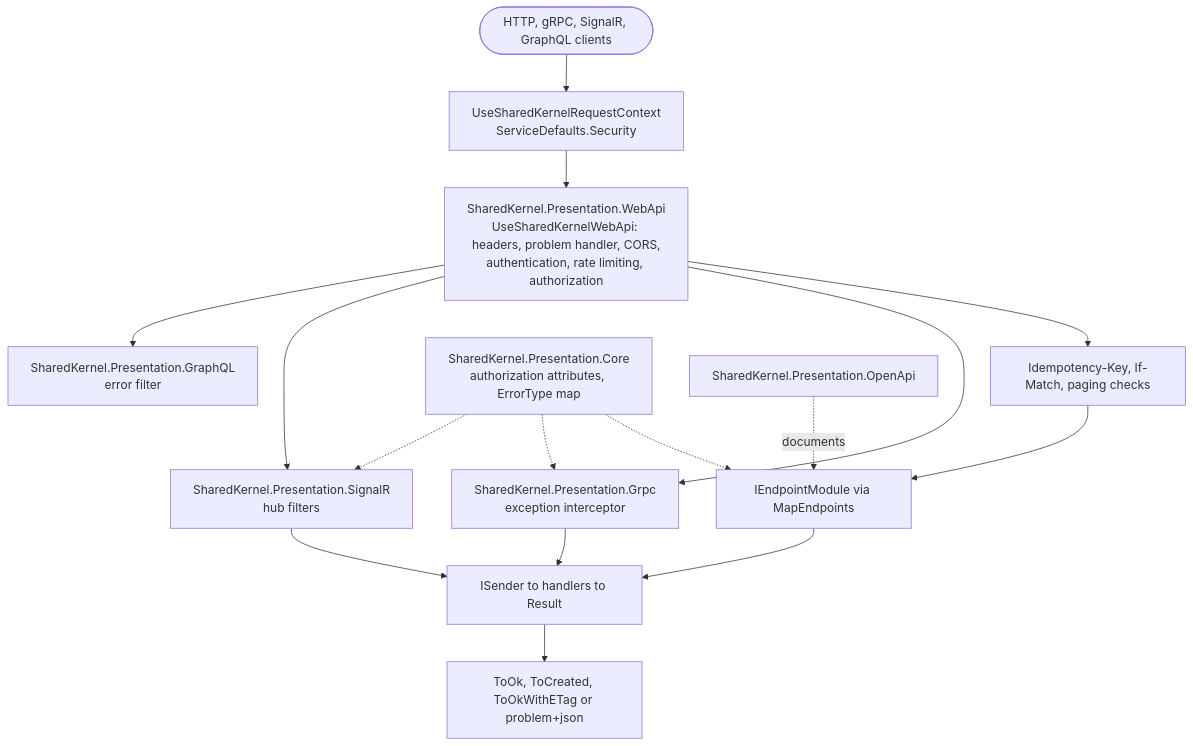
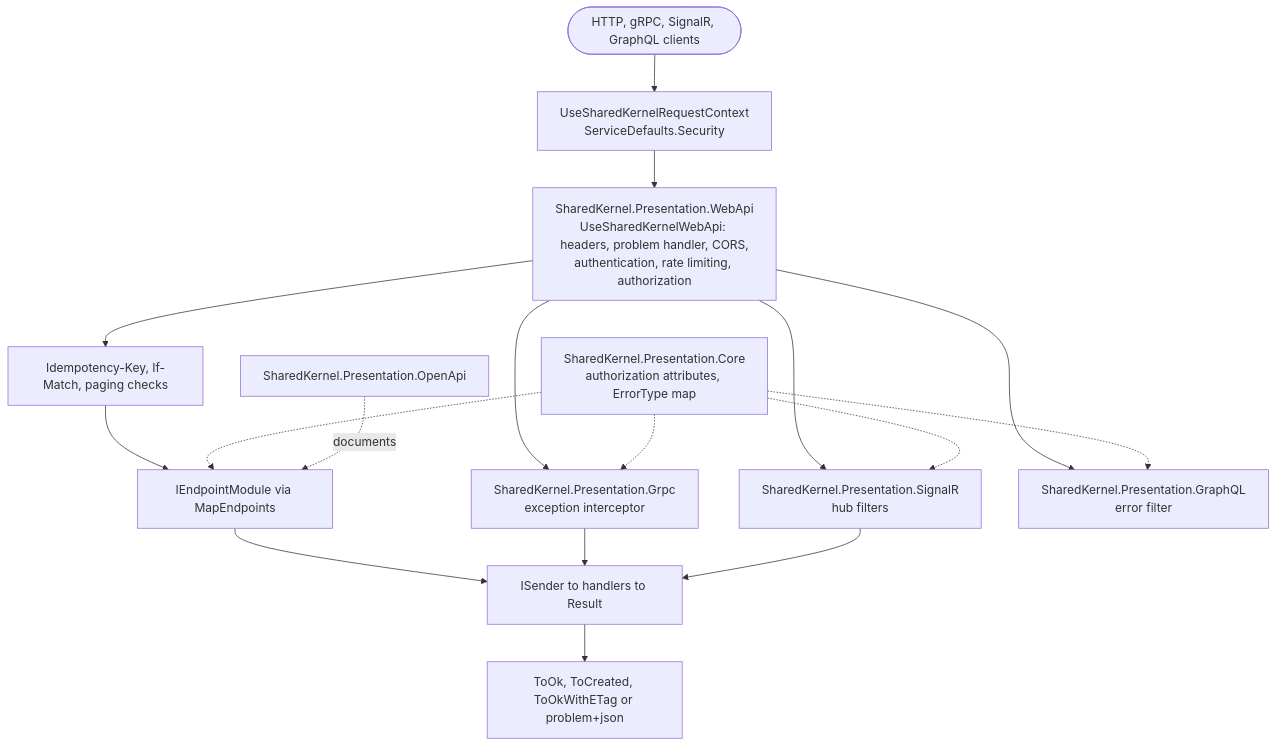
One commit to Gresta-Vertex-Labs/platform-shared-kernel changed the diagram in src/Hosting/Presentation/README.md. Above: the diagram before and after it, drawn with Mermaid. The commit also changed other lines of this file and 1494 other files, not shown here.

````diff
--- a/src/Hosting/Presentation/README.md
+++ b/src/Hosting/Presentation/README.md
@@ -58,18 +59,19 @@
 ```mermaid
 flowchart TD
     C(["HTTP, gRPC, SignalR, GraphQL clients"]) --> RC["UseSharedKernelRequestContext<br/>ServiceDefaults.Security"]
     RC --> W["SharedKernel.Presentation.WebApi<br/>UseSharedKernelWebApi: headers, problem handler, CORS,<br/>authentication, rate limiting, authorization"]
     W --> HC["Idempotency-Key, If-Match, paging checks"]
     HC --> E["IEndpointModule via MapEndpoints"]
     W --> G["SharedKernel.Presentation.Grpc<br/>exception interceptor"]
     W --> S["SharedKernel.Presentation.SignalR<br/>hub filters"]
     W --> Q["SharedKernel.Presentation.GraphQL<br/>error filter"]
     CORE["SharedKernel.Presentation.Core<br/>authorization attributes, ErrorType map"] -.-> E
     CORE -.-> G
     CORE -.-> S
+    CORE -.-> Q
     E --> SND["ISender to handlers to Result"]
     G --> SND
     S --> SND
     SND --> OUT["ToOk, ToCreated, ToOkWithETag or problem+json"]
     O["SharedKernel.Presentation.OpenApi"] -. documents .-> E
 ```
````
